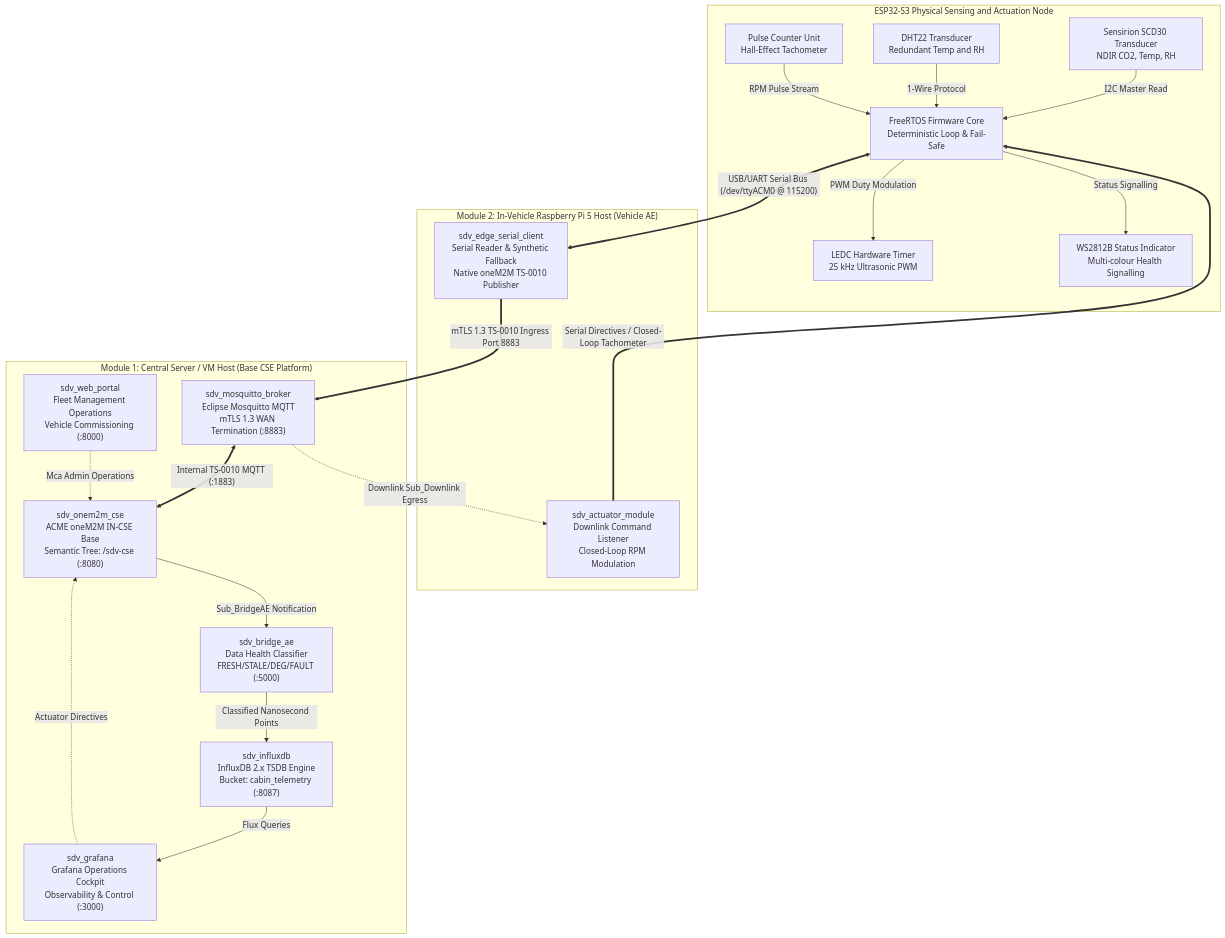
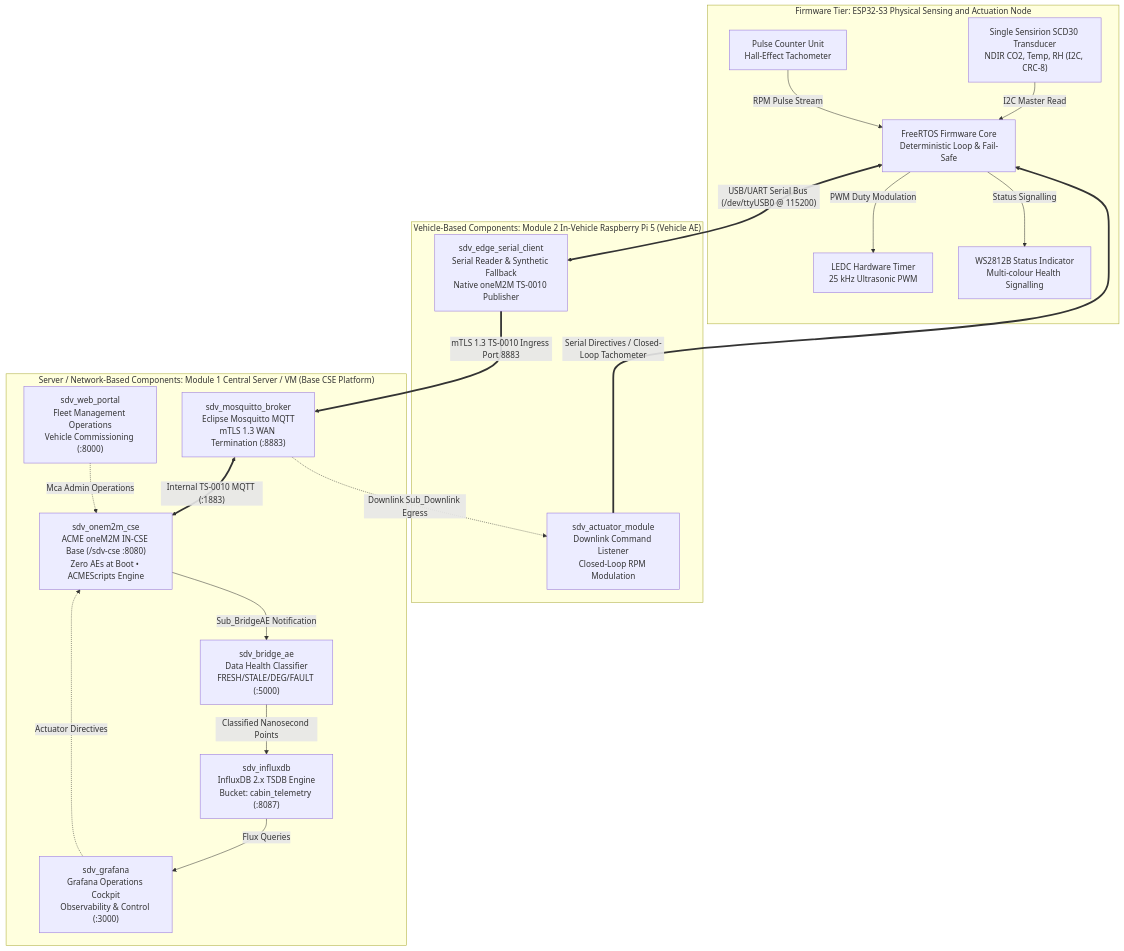
Before and after one commit to imosudi/HVAC-iot-monitoring: the diagram in README.md, drawn with Mermaid. The commit also changed other lines of this file and 8 other files, not shown here.

Commit message:
Architecturat updates

````diff
--- a/README.md
+++ b/README.md
@@ -164,44 +164,42 @@
 ```mermaid
 graph TB
-    subgraph EdgeNode["ESP32-S3 Physical Sensing and Actuation Node"]
-        SCD30["Sensirion SCD30 Transducer<br/>NDIR CO2, Temp, RH"]
-        DHT22["DHT22 Transducer<br/>Redundant Temp and RH"]
+    subgraph EdgeNode["Firmware Tier: ESP32-S3 Physical Sensing and Actuation Node"]
+        SCD30["Single Sensirion SCD30 Transducer<br/>NDIR CO2, Temp, RH (I2C, CRC-8)"]
         LEDC["LEDC Hardware Timer<br/>25 kHz Ultrasonic PWM"]
         PCNT["Pulse Counter Unit<br/>Hall-Effect Tachometer"]
         LED["WS2812B Status Indicator<br/>Multi-colour Health Signalling"]
         Firmware["FreeRTOS Firmware Core<br/>Deterministic Loop & Fail-Safe"]
 
         SCD30 -->|I2C Master Read| Firmware
-        DHT22 -->|1-Wire Protocol| Firmware
         Firmware -->|PWM Duty Modulation| LEDC
         PCNT -->|RPM Pulse Stream| Firmware
         Firmware -->|Status Signalling| LED
     end
 
-    subgraph Module2["Module 2: In-Vehicle Raspberry Pi 5 Host (Vehicle AE)"]
+    subgraph Module2["Vehicle-Based Components: Module 2 In-Vehicle Raspberry Pi 5 (Vehicle AE)"]
         EdgeClient["sdv_edge_serial_client<br/>Serial Reader & Synthetic Fallback<br/>Native oneM2M TS-0010 Publisher"]
         Actuator["sdv_actuator_module<br/>Downlink Command Listener<br/>Closed-Loop RPM Modulation"]
     end
 
-    subgraph Module1["Module 1: Central Server / VM Host (Base CSE Platform)"]
+    subgraph Module1["Server / Network-Based Components: Module 1 Central Server / VM (Base CSE Platform)"]
         Mosquitto["sdv_mosquitto_broker<br/>Eclipse Mosquitto MQTT<br/>mTLS 1.3 WAN Termination (:8883)"]
-        CSE["sdv_onem2m_cse<br/>ACME oneM2M IN-CSE Base<br/>Semantic Tree: /sdv-cse (:8080)"]
+        CSE["sdv_onem2m_cse<br/>ACME oneM2M IN-CSE Base (/sdv-cse :8080)<br/>Zero AEs at Boot • ACMEScripts Engine"]
         BridgeAE["sdv_bridge_ae<br/>Data Health Classifier<br/>FRESH/STALE/DEG/FAULT (:5000)"]
         InfluxDB["sdv_influxdb<br/>InfluxDB 2.x TSDB Engine<br/>Bucket: cabin_telemetry (:8087)"]
         Grafana["sdv_grafana<br/>Grafana Operations Cockpit<br/>Observability & Control (:3000)"]
         WebPortal["sdv_web_portal<br/>Fleet Management Operations<br/>Vehicle Commissioning (:8000)"]
 
         Mosquitto <== "Internal TS-0010 MQTT (:1883)" ==> CSE
         CSE -->|Sub_BridgeAE Notification| BridgeAE
         BridgeAE -->|Classified Nanosecond Points| InfluxDB
         InfluxDB -->|Flux Queries| Grafana
         Grafana -.->|Actuator Directives| CSE
         WebPortal -.->|Mca Admin Operations| CSE
     end
 
-    Firmware <== "USB/UART Serial Bus (/dev/ttyACM0 @ 115200)" ==> EdgeClient
+    Firmware <== "USB/UART Serial Bus (/dev/ttyUSB0 @ 115200)" ==> EdgeClient
     Actuator == "Serial Directives / Closed-Loop Tachometer" ==> Firmware
 
     EdgeClient ==>|mTLS 1.3 TS-0010 Ingress Port 8883| Mosquitto
     Mosquitto -.->|Downlink Sub_Downlink Egress| Actuator
 ```
````
